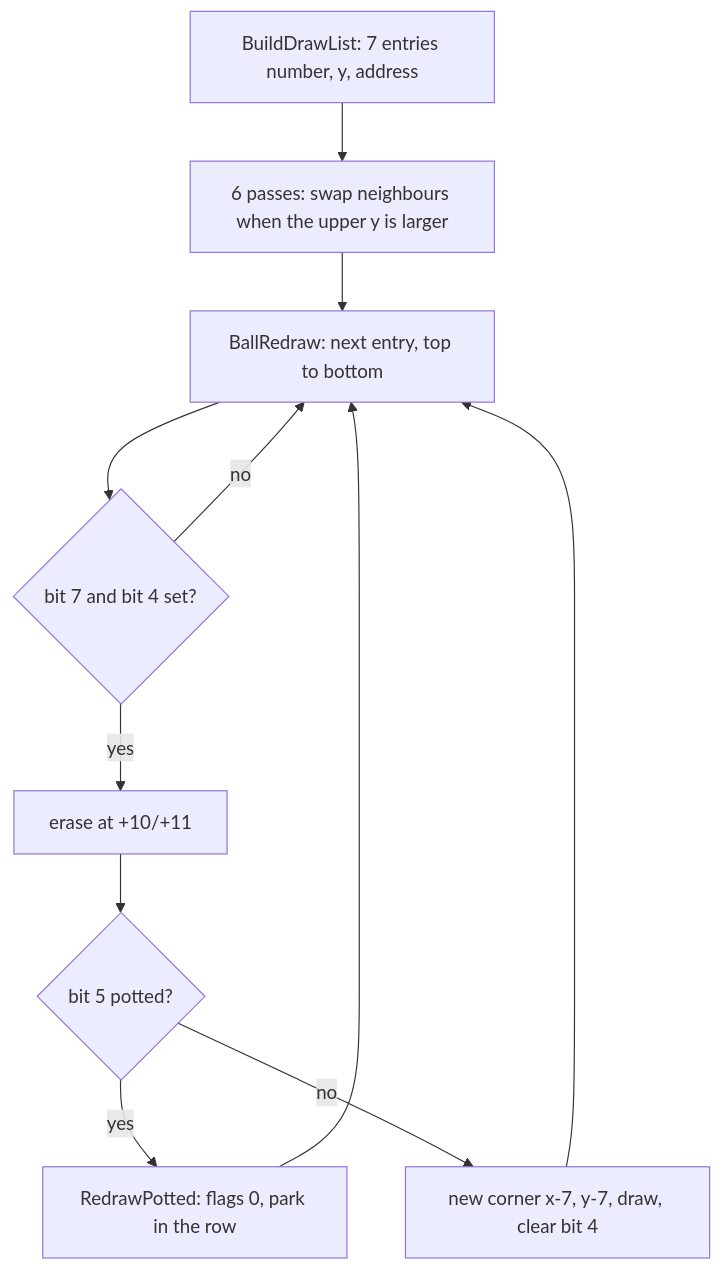
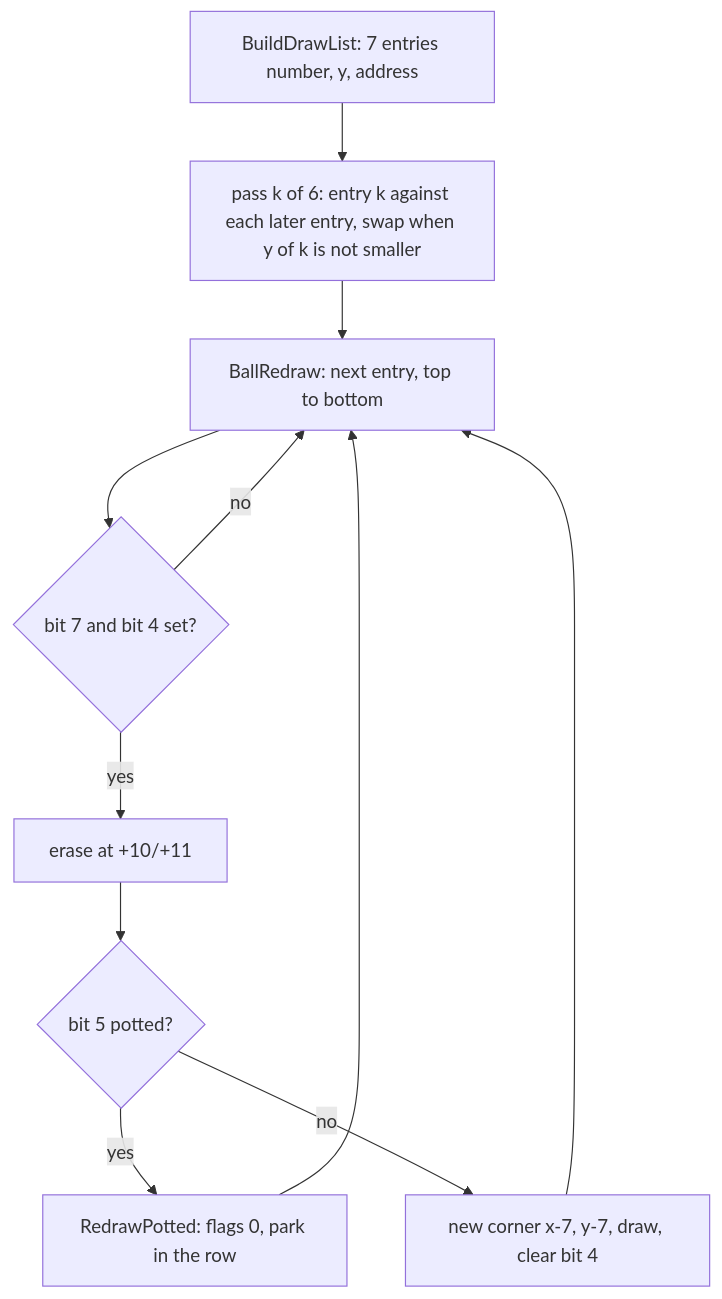
Before and after one commit to alfishe/unrealng-reverse-cases: the second of 7 diagrams in games/video-pool/docs/07-objects.md, drawn with Mermaid. The commit also changed other lines of this file and 51 other files, not shown here.

````diff
--- a/games/video-pool/docs/07-objects.md
+++ b/games/video-pool/docs/07-objects.md
@@ -147,13 +153,13 @@
 ```mermaid
 flowchart TD
-    A[BuildDrawList: 7 entries number, y, address] --> B[6 passes: swap neighbours when the upper y is larger]
+    A[BuildDrawList: 7 entries number, y, address] --> B[pass k of 6: entry k against each later entry, swap when y of k is not smaller]
     B --> C[BallRedraw: next entry, top to bottom]
     C --> D{bit 7 and bit 4 set?}
     D -- no --> C
     D -- yes --> E[erase at +10/+11]
     E --> F{bit 5 potted?}
     F -- yes --> G[RedrawPotted: flags 0, park in the row]
     F -- no --> H[new corner x-7, y-7, draw, clear bit 4]
     G --> C
     H --> C
 ```
````
